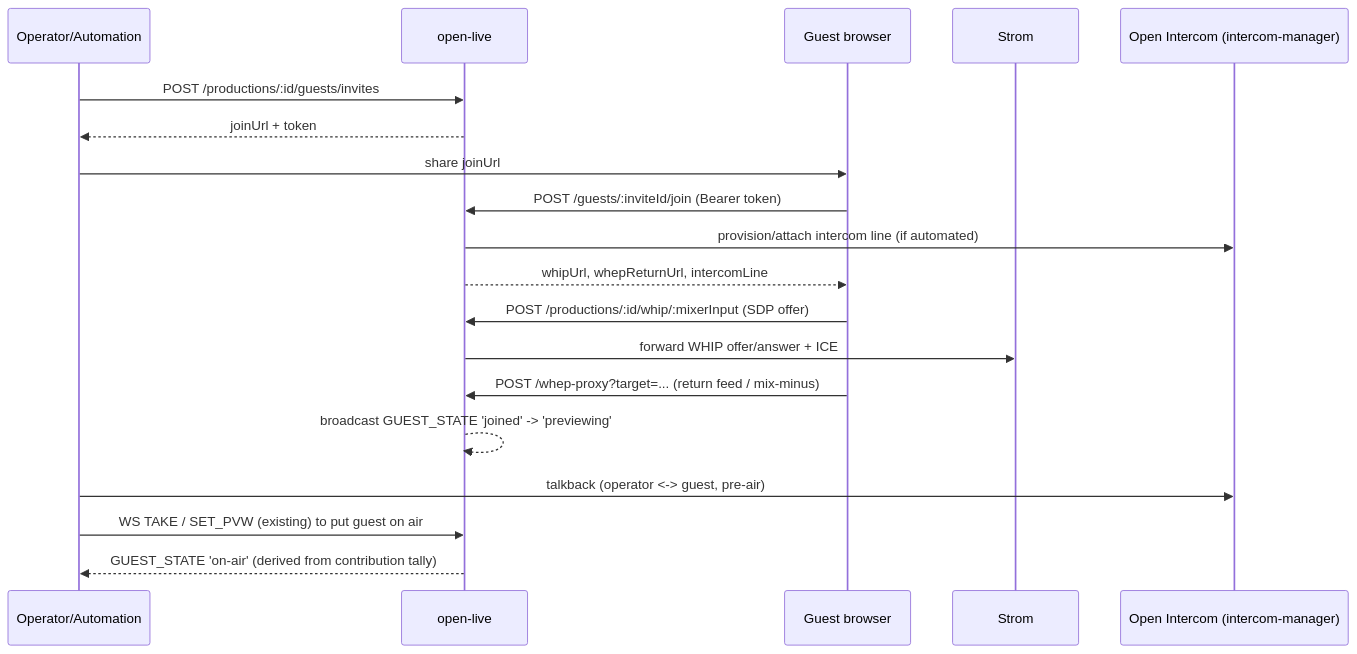
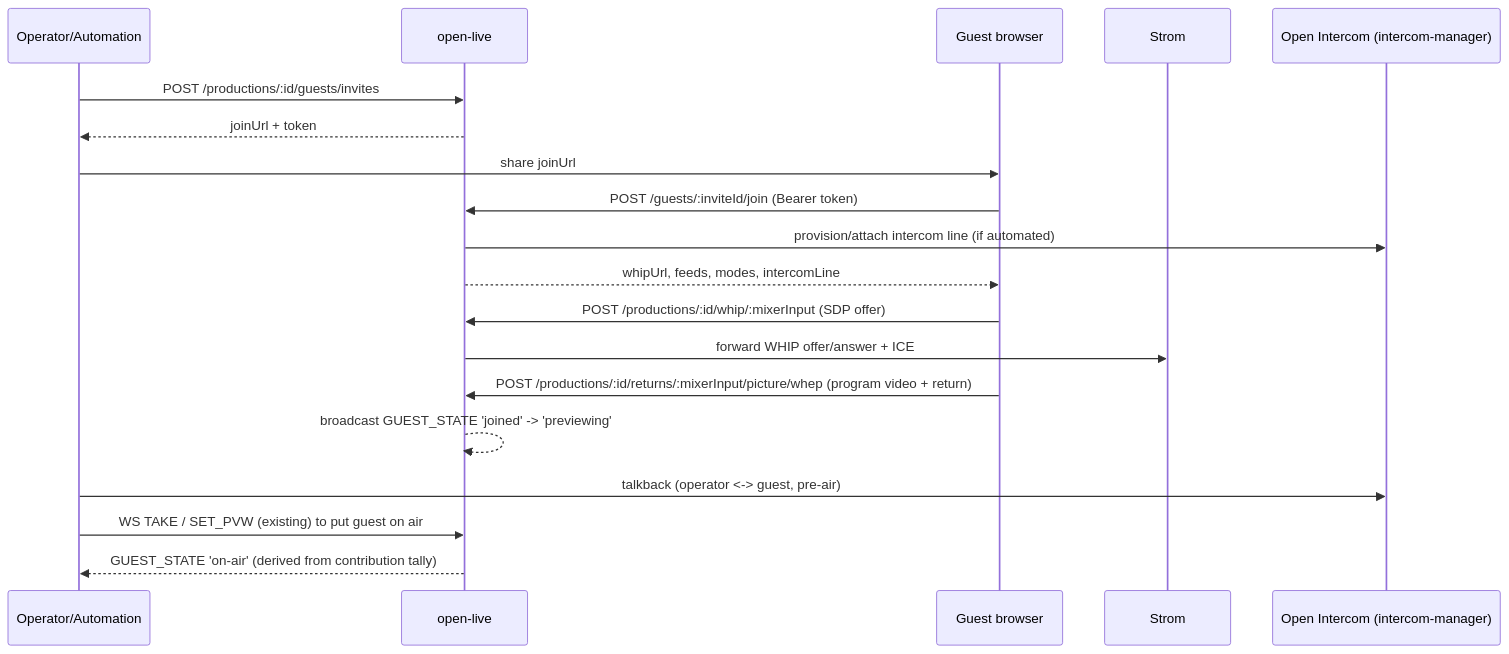
The diagram in docs/specs/guest-calling-intercom.md (Eyevinn/open-live), drawn with Mermaid before and after one commit. The commit also changed other lines of this file, not shown here.

First line of the commit message:
docs(spec): design the guest return feed (guest-calling OQ2) (#241)

````diff
--- a/docs/specs/guest-calling-intercom.md
+++ b/docs/specs/guest-calling-intercom.md
@@ -174,25 +318,25 @@
 ```mermaid
 sequenceDiagram
     participant Op as Operator/Automation
     participant OL as open-live
     participant Guest as Guest browser
     participant Strom
     participant IC as Open Intercom (intercom-manager)
 
     Op->>OL: POST /productions/:id/guests/invites
     OL-->>Op: joinUrl + token
     Op->>Guest: share joinUrl
 
     Guest->>OL: POST /guests/:inviteId/join (Bearer token)
     OL->>IC: provision/attach intercom line (if automated)
-    OL-->>Guest: whipUrl, whepReturnUrl, intercomLine
+    OL-->>Guest: whipUrl, feeds, modes, intercomLine
 
     Guest->>OL: POST /productions/:id/whip/:mixerInput (SDP offer)
     OL->>Strom: forward WHIP offer/answer + ICE
-    Guest->>OL: POST /whep-proxy?target=... (return feed / mix-minus)
+    Guest->>OL: POST /productions/:id/returns/:mixerInput/picture/whep (program video + return)
     OL-->>OL: broadcast GUEST_STATE 'joined' -> 'previewing'
 
     Op->>IC: talkback (operator <-> guest, pre-air)
     Op->>OL: WS TAKE / SET_PVW (existing) to put guest on air
     OL-->>Op: GUEST_STATE 'on-air' (derived from contribution tally)
 ```
````
